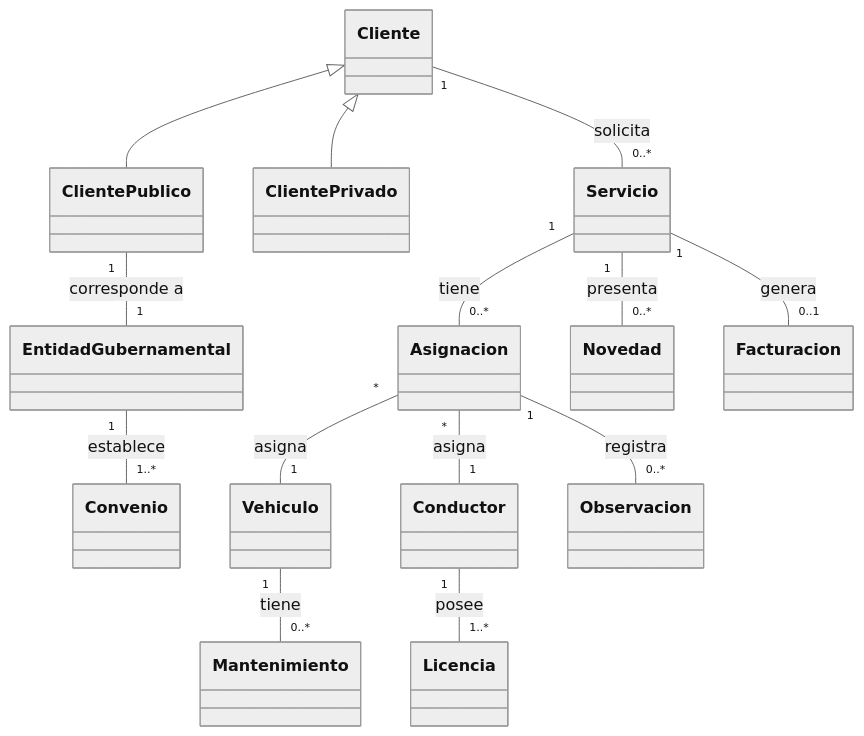
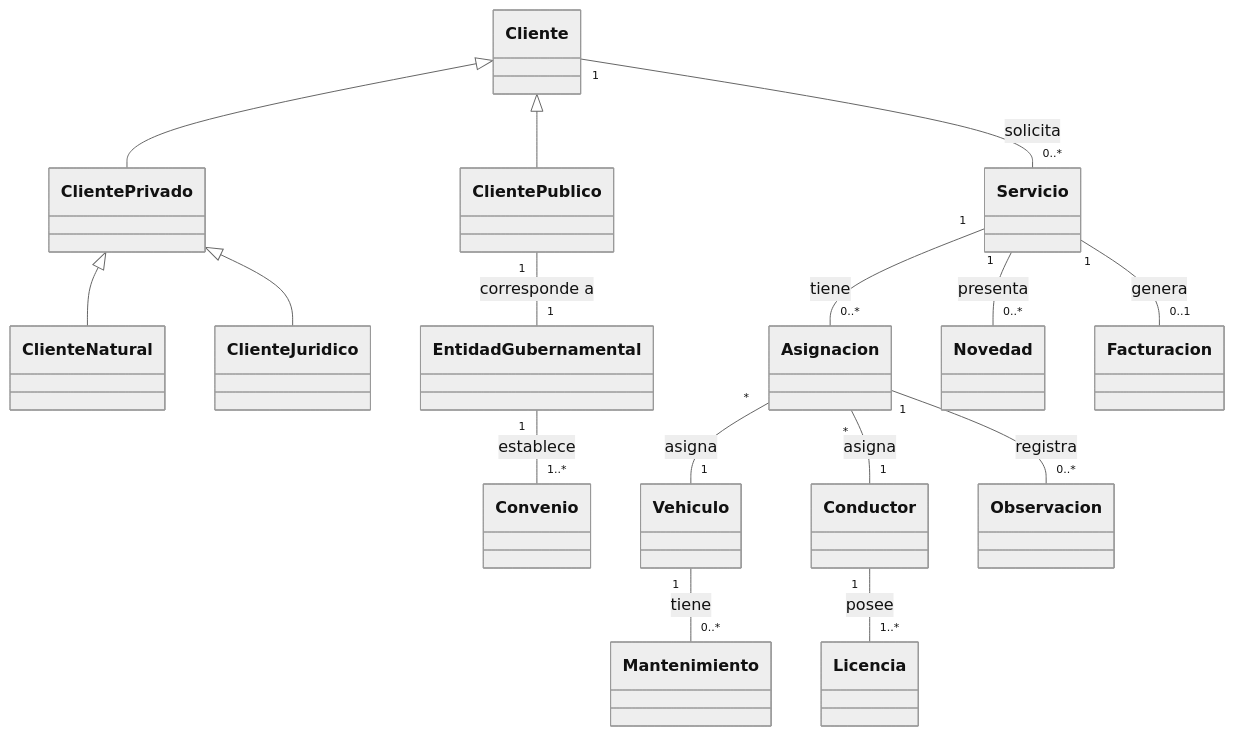
Before and after one commit to daprieto1/MBDA-Class-Helper: the first of 2 diagrams in ClassWork/PPT1/README.md, drawn with Mermaid (neutral theme). The commit also changed other lines of this file, not shown here.

Commit message:
complete diagram

````diff
--- a/ClassWork/PPT1/README.md
+++ b/ClassWork/PPT1/README.md
@@ -7,31 +7,35 @@
 ```mermaid
 classDiagram
     class Cliente
     class ClientePublico
     class ClientePrivado
+    class ClienteNatural
+    class ClienteJuridico
     class EntidadGubernamental
     class Convenio
     class Vehiculo
     class Servicio
     class Asignacion
     class Conductor
     class Novedad
     class Observacion
     class Licencia
     class Mantenimiento
     class Facturacion
 
     Cliente <|-- ClientePublico
     Cliente <|-- ClientePrivado
+    ClientePrivado <|-- ClienteNatural
+    ClientePrivado <|-- ClienteJuridico
     ClientePublico "1" -- "1" EntidadGubernamental : corresponde a
     EntidadGubernamental "1" -- "1..*" Convenio : establece
     Cliente "1" -- "0..*" Servicio : solicita
     Servicio "1" -- "0..*" Novedad : presenta
     Servicio "1" -- "0..*" Asignacion : tiene
     Asignacion "*" -- "1" Vehiculo : asigna
     Asignacion "*" -- "1" Conductor : asigna
     Conductor "1" -- "1..*" Licencia : posee
     Asignacion "1" -- "0..*" Observacion : registra
     Vehiculo "1" -- "0..*" Mantenimiento : tiene
     Servicio "1" -- "0..1" Facturacion : genera
 ```
````
